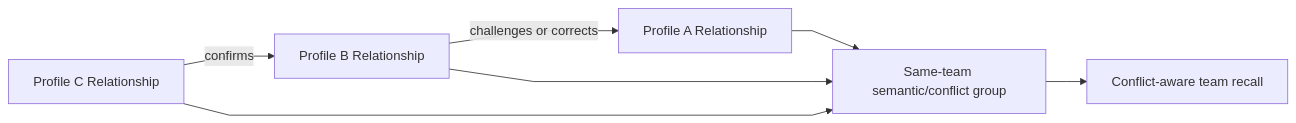
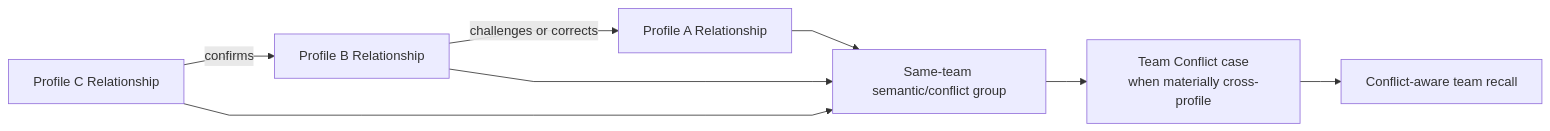
Before and after one commit to markhuangai/dense-mem: the first of 9 diagrams in Relationship-Model-And-Lifecycle.md, drawn with Mermaid. The commit also changed other lines of this file and 22 other files, not shown here.

Commit message:
Document durable cross-profile conflict review

````diff
--- a/Relationship-Model-And-Lifecycle.md
+++ b/Relationship-Model-And-Lifecycle.md
@@ -112,10 +119,11 @@
 ```mermaid
 %%{init: {"flowchart": {"curve": "linear"}}}%%
 flowchart LR
   A["Profile A Relationship"] --> Group["Same-team semantic/conflict group"]
   B["Profile B Relationship"] --> Group
   C["Profile C Relationship"] --> Group
   B -->|"challenges or corrects"| A
   C -->|"confirms"| B
-  Group --> Recall["Conflict-aware team recall"]
+  Group --> Case["Team Conflict case<br/>when materially cross-profile"]
+  Case --> Recall["Conflict-aware team recall"]
 ```
````
